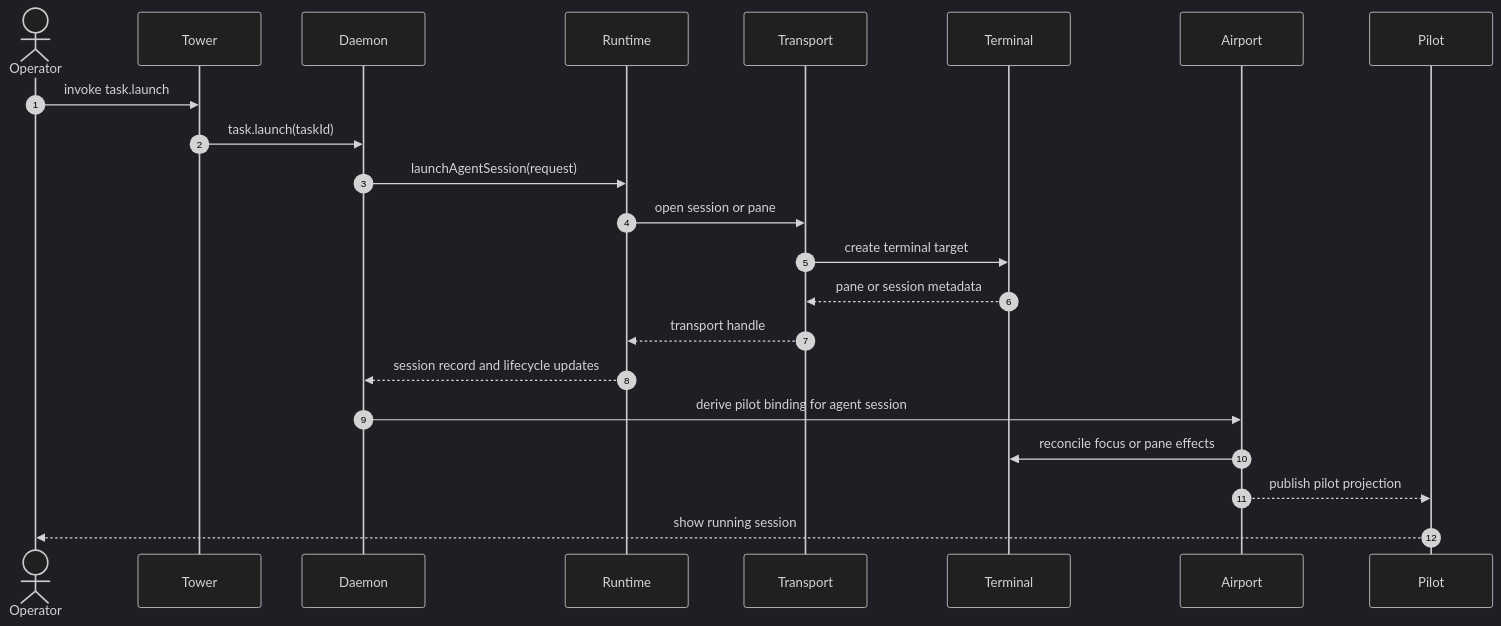
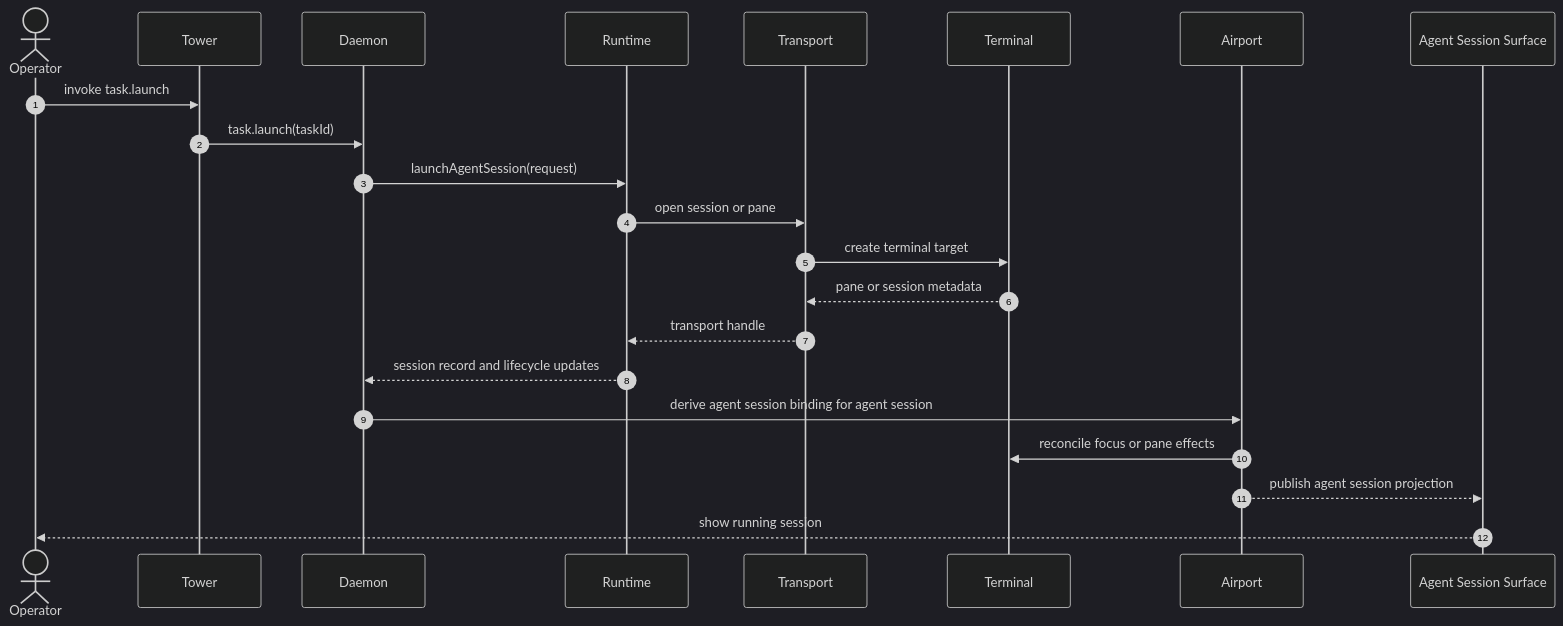
Before and after one commit to Flying-Pillow/open-mission: the first of 2 diagrams in docs/missions/airport-spec/mission/execution/agent-runtime.md, drawn with Mermaid (dark theme). The commit also changed other lines of this file and 20 other files, not shown here.

Commit message:
WIP: Renamed pilot to agent session

````diff
--- a/docs/missions/airport-spec/mission/execution/agent-runtime.md
+++ b/docs/missions/airport-spec/mission/execution/agent-runtime.md
@@ -29,25 +29,25 @@
 ```mermaid
 sequenceDiagram
     autonumber
     actor Operator
     participant Tower
     participant Daemon
     participant Runtime
     participant Transport
     participant Terminal
     participant Airport
-    participant Pilot
+    participant AgentSessionSurface as Agent Session Surface
 
     Operator->>Tower: invoke task.launch
     Tower->>Daemon: task.launch(taskId)
     Daemon->>Runtime: launchAgentSession(request)
     Runtime->>Transport: open session or pane
     Transport->>Terminal: create terminal target
     Terminal-->>Transport: pane or session metadata
     Transport-->>Runtime: transport handle
     Runtime-->>Daemon: session record and lifecycle updates
-    Daemon->>Airport: derive pilot binding for agent session
+    Daemon->>Airport: derive agent session binding for agent session
     Airport->>Terminal: reconcile focus or pane effects
-    Airport-->>Pilot: publish pilot projection
-    Pilot-->>Operator: show running session
+    Airport-->>AgentSessionSurface: publish agent session projection
+    AgentSessionSurface-->>Operator: show running session
 ```
````
